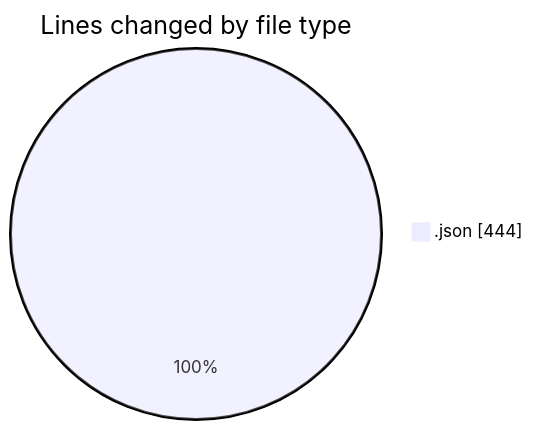
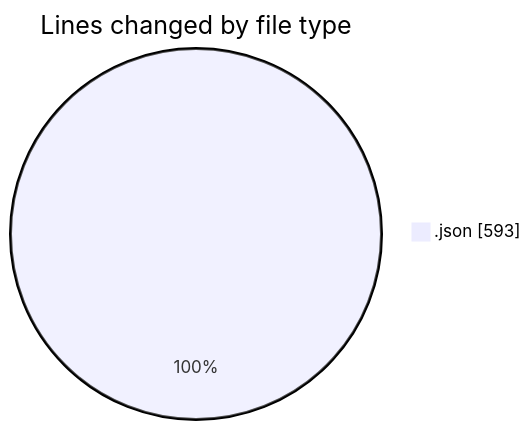
The first of 2 diagrams in 2026-10-17/mono-test/README.md (yexinjia/code-tracking), drawn with Mermaid before and after one commit. The commit also changed other lines of this file and 1 other file, not shown here.

````diff
--- a/2026-10-17/mono-test/README.md
+++ b/2026-10-17/mono-test/README.md
@@ -20,5 +20,5 @@
 ```mermaid
 pie showData
 title Lines changed by file type
-".json" : 444
+".json" : 593
 ```
````
